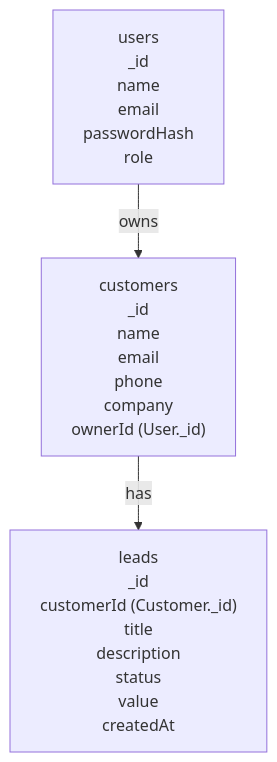
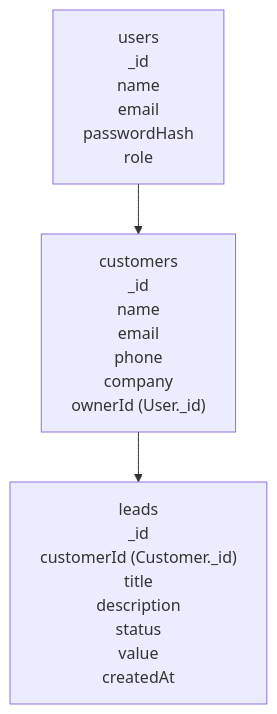
The diagram in schema-diagram.md (Vivekkashyap043/crm-app), drawn with Mermaid before and after one commit.

Commit message:
schema diagram is updated

````diff
--- a/schema-diagram.md
+++ b/schema-diagram.md
@@ -3,9 +3,9 @@
 ```mermaid
 graph TD
   User["users\n_id\nname\nemail\npasswordHash\nrole"]
   Customer["customers\n_id\nname\nemail\nphone\ncompany\nownerId (User._id)"]
   Lead["leads\n_id\ncustomerId (Customer._id)\ntitle\ndescription\nstatus\nvalue\ncreatedAt"]
 
-  User -->|owns| Customer
-  Customer -->|has| Lead
+  User --> Customer
+  Customer --> Lead
 ```
````
